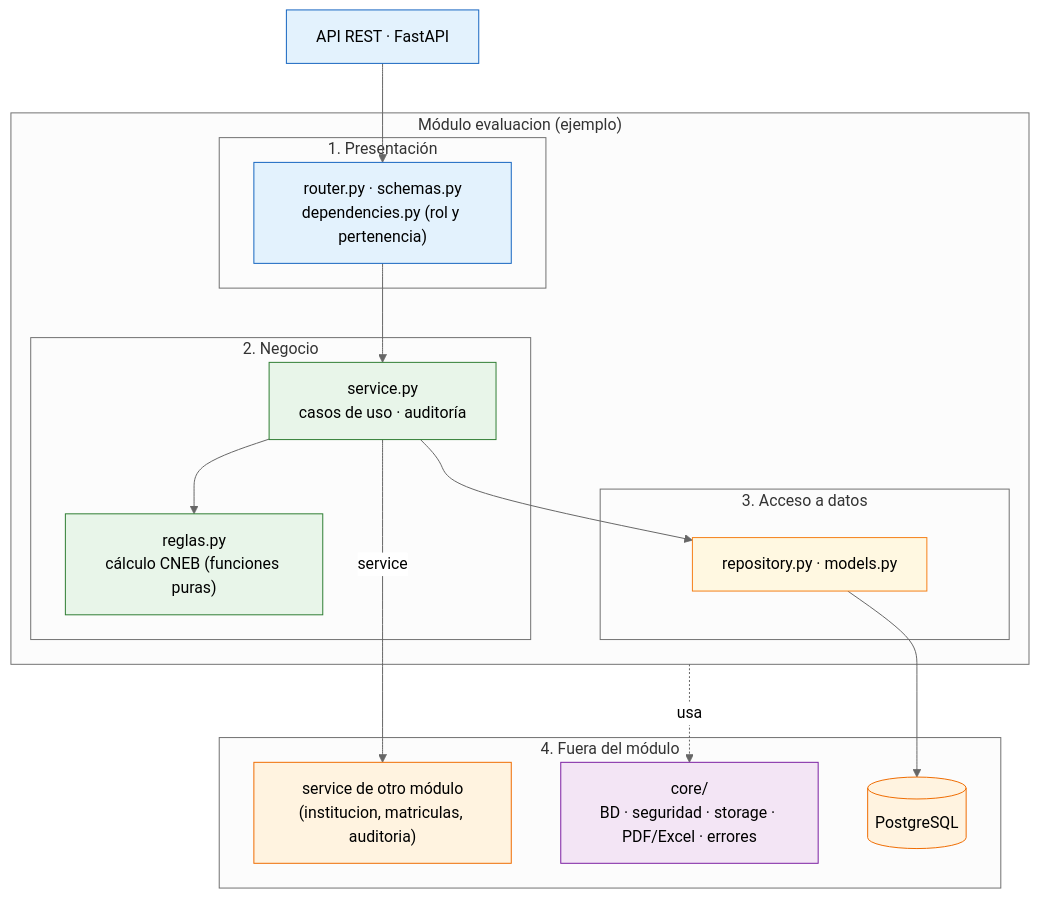
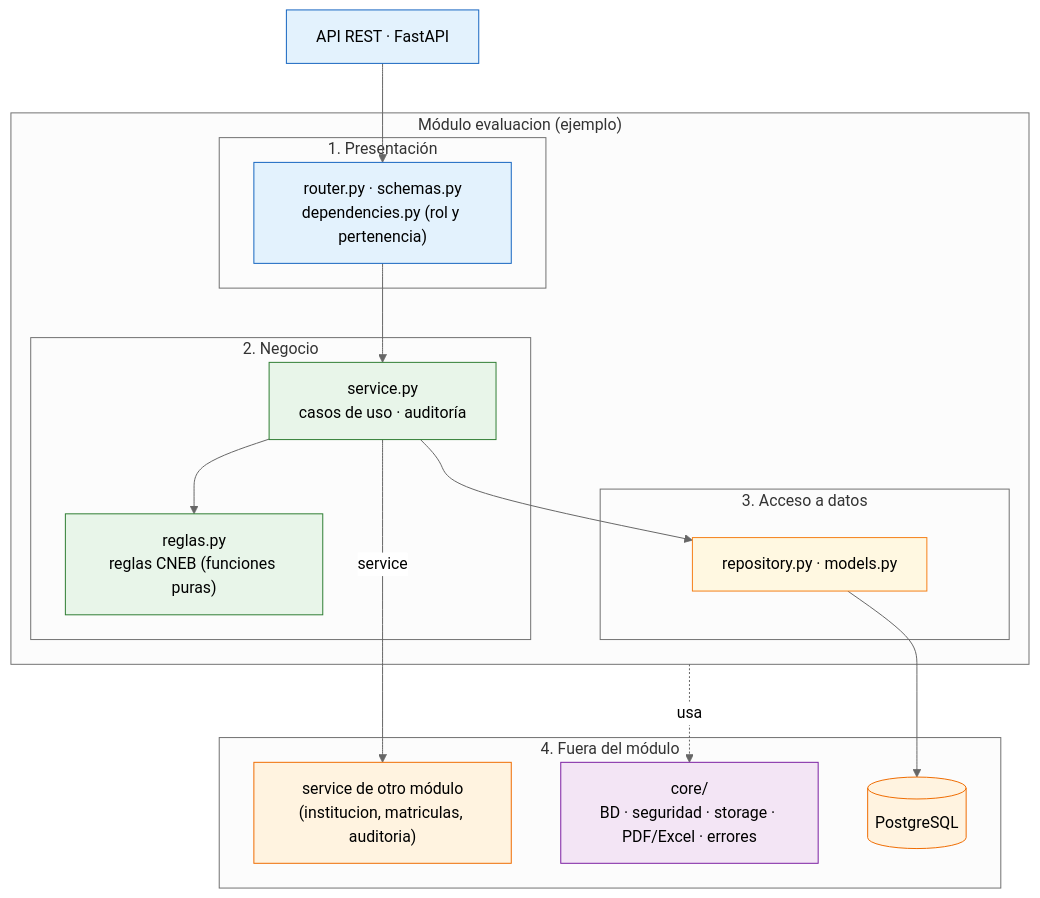
One commit to HafidJoss/PORTAL_DE_SERVICIOS_ESTUDIANTILES changed the diagram in docs/02-arquitectura-software/enfoque-arquitectonico.md. Above: the diagram before and after it, drawn with Mermaid (neutral theme). The commit also changed other lines of this file and 2 other files, not shown here.

````diff
--- a/docs/02-arquitectura-software/enfoque-arquitectonico.md
+++ b/docs/02-arquitectura-software/enfoque-arquitectonico.md
@@ -64,42 +65,42 @@
 ```mermaid
 flowchart TB
     API["API REST · FastAPI"]
 
     subgraph EV["Módulo evaluacion (ejemplo)"]
         subgraph PRES["1. Presentación"]
             RT["router.py · schemas.py<br/>dependencies.py (rol y pertenencia)"]
         end
         subgraph NEG["2. Negocio"]
             SV["service.py<br/>casos de uso · auditoría"]
-            RG["reglas.py<br/>cálculo CNEB (funciones puras)"]
+            RG["reglas.py<br/>reglas CNEB (funciones puras)"]
         end
         subgraph DAT["3. Acceso a datos"]
             RP["repository.py · models.py"]
         end
     end
 
     subgraph EXT["4. Fuera del módulo"]
         OTRO["service de otro módulo<br/>(institucion, matriculas, auditoria)"]
         CORE["core/<br/>BD · seguridad · storage · PDF/Excel · errores"]
         PG[("PostgreSQL")]
     end
 
     API --> RT
     RT --> SV
     SV --> RG
     SV --> RP
     SV -->|service| OTRO
     RP --> PG
     EV -.->|usa| CORE
 
     classDef cEnt fill:#e3f2fd,stroke:#1565c0
     classDef cApp fill:#e8f5e9,stroke:#2e7d32
     classDef cDom fill:#fff8e1,stroke:#f57f17
     classDef cInf fill:#f3e5f5,stroke:#7b1fa2
     classDef cExt fill:#fff3e0,stroke:#ef6c00
     class API,RT cEnt
     class SV,RG cApp
     class RP cDom
     class CORE cInf
     class PG,OTRO cExt
 ```
````
